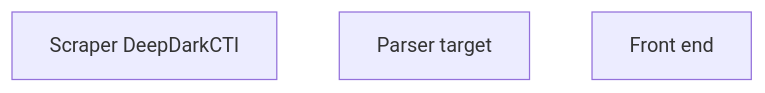
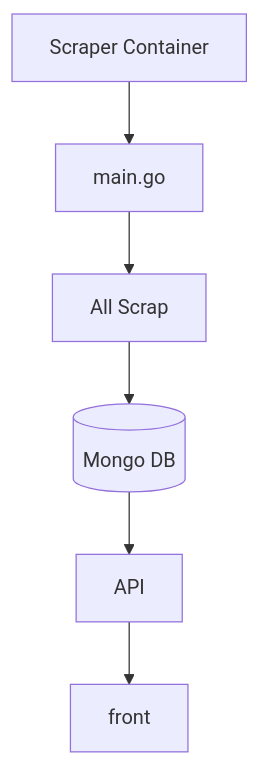
One commit to S-rvo/BlueWhiteThreat changed the second of 2 diagrams in README.md. Above: the diagram before and after it, drawn with Mermaid. The commit also changed 3 other files, not shown here.

````diff
--- a/README.md
+++ b/README.md
@@ -53,7 +53,5 @@
 ```mermaid
 flowchart TB
-scraper["Scraper DeepDarkCTI"]
-parser["Parser target"]
-front["Front end"]
-
+scraper["Scraper Container"] --> main.go --> AllScrap["All Scrap"] --> Mongo[(Mongo DB)]
+--> API --> front
 ```
````
